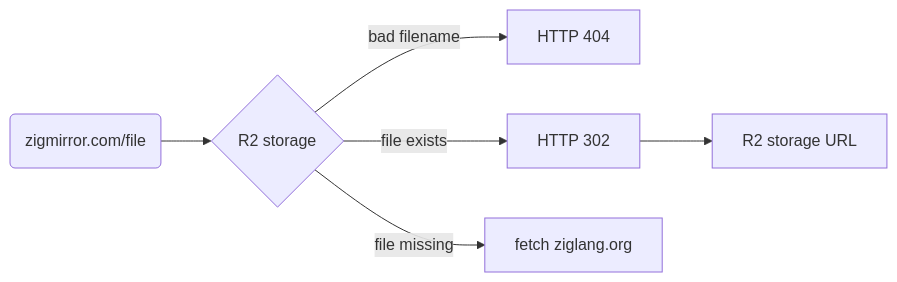
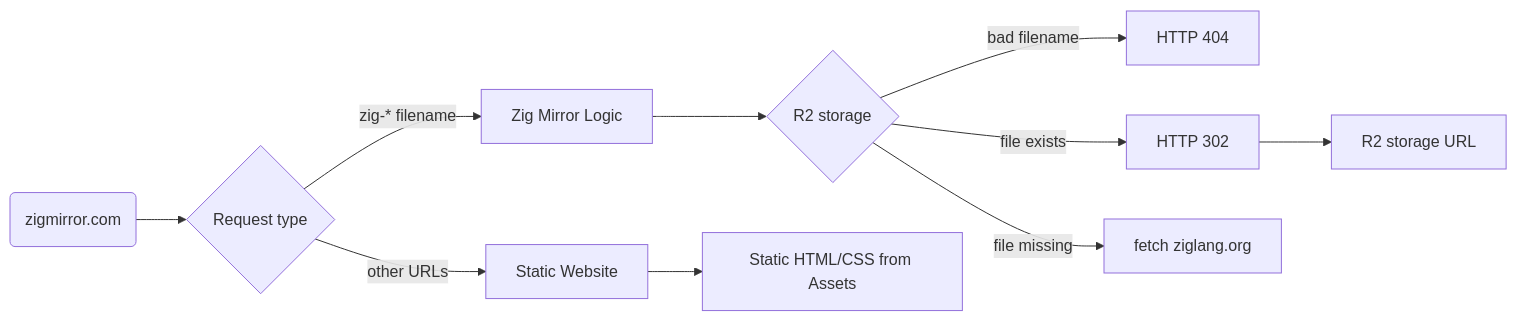
The diagram in README.md (inge4pres/zigmirror.com), drawn with Mermaid before and after one commit. The commit also changed other lines of this file and 5 other files, not shown here.

Commit message:
serve website for non-Zig files requests

````diff
--- a/README.md
+++ b/README.md
@@ -12,8 +12,11 @@
 ```mermaid
 flowchart LR
-    B(zigmirror.com/file)
-    B --> C{R2 storage}
-    C -->|bad filename| E[HTTP 404]
-    C -->|file exists| D[HTTP 302] -->Z[R2 storage URL]
-    C -->|file missing| F[fetch ziglang.org]
+    A(zigmirror.com) --> B{Request type}
+    B -->|zig-* filename| C[Zig Mirror Logic]
+    B -->|other URLs| D[Static Website]
+    C --> E{R2 storage}
+    E -->|bad filename| F[HTTP 404]
+    E -->|file exists| G[HTTP 302] -->H[R2 storage URL]
+    E -->|file missing| I[fetch ziglang.org]
+    D --> J[Static HTML/CSS from Assets]
 ```
````
